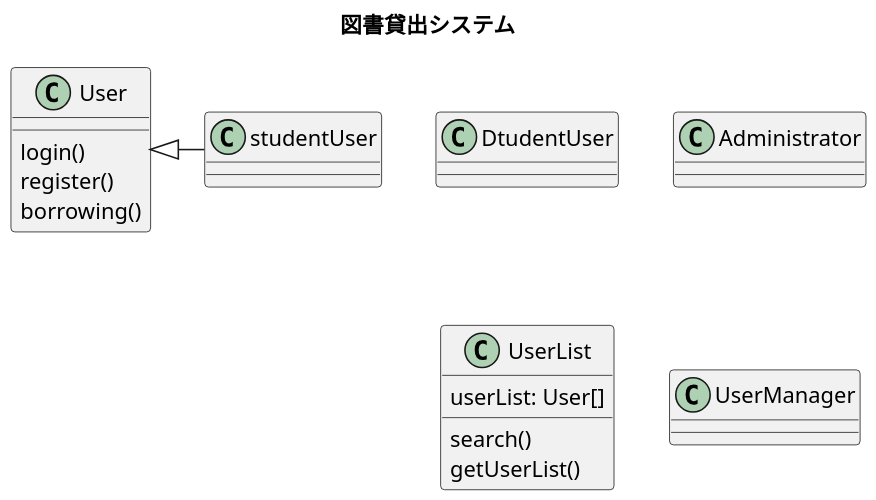
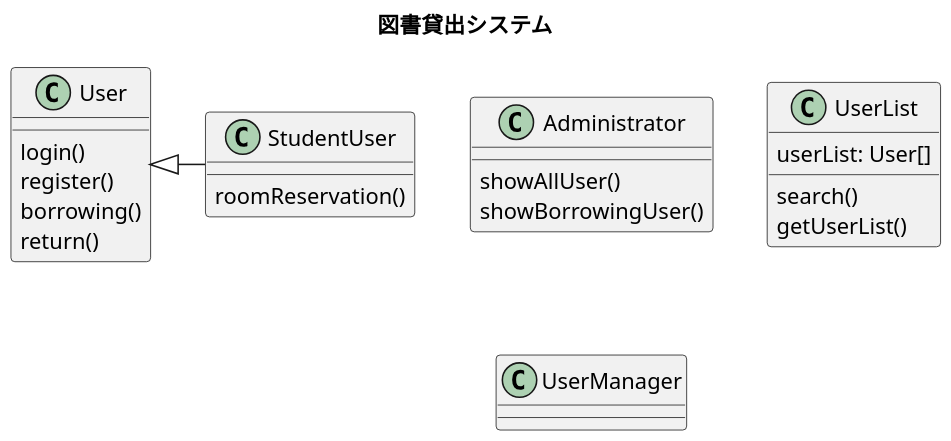
Before and after one commit to Romira915/AdvancedSoftwareEngineering3-Task: the diagram in class.pu, drawn with PlantUML.

```diff
--- a/class.pu
+++ b/class.pu
@@ -1,23 +1,29 @@
 @startuml
 
 title 図書貸出システム
 skinparam dpi 150
 
 class User
-class DtudentUser
+class StudentUser
 class Administrator
 
 class UserList
 class UserManager
 
-User <|- studentUser
+User <|- StudentUser
 
 User : login()
 User : register()
 User : borrowing()
+User : return()
+
+StudentUser : roomReservation()
+
+Administrator : showAllUser()
+Administrator : showBorrowingUser()
 
 UserList : userList: User[]
 UserList : search()
 UserList : getUserList()
 
 @enduml
```
